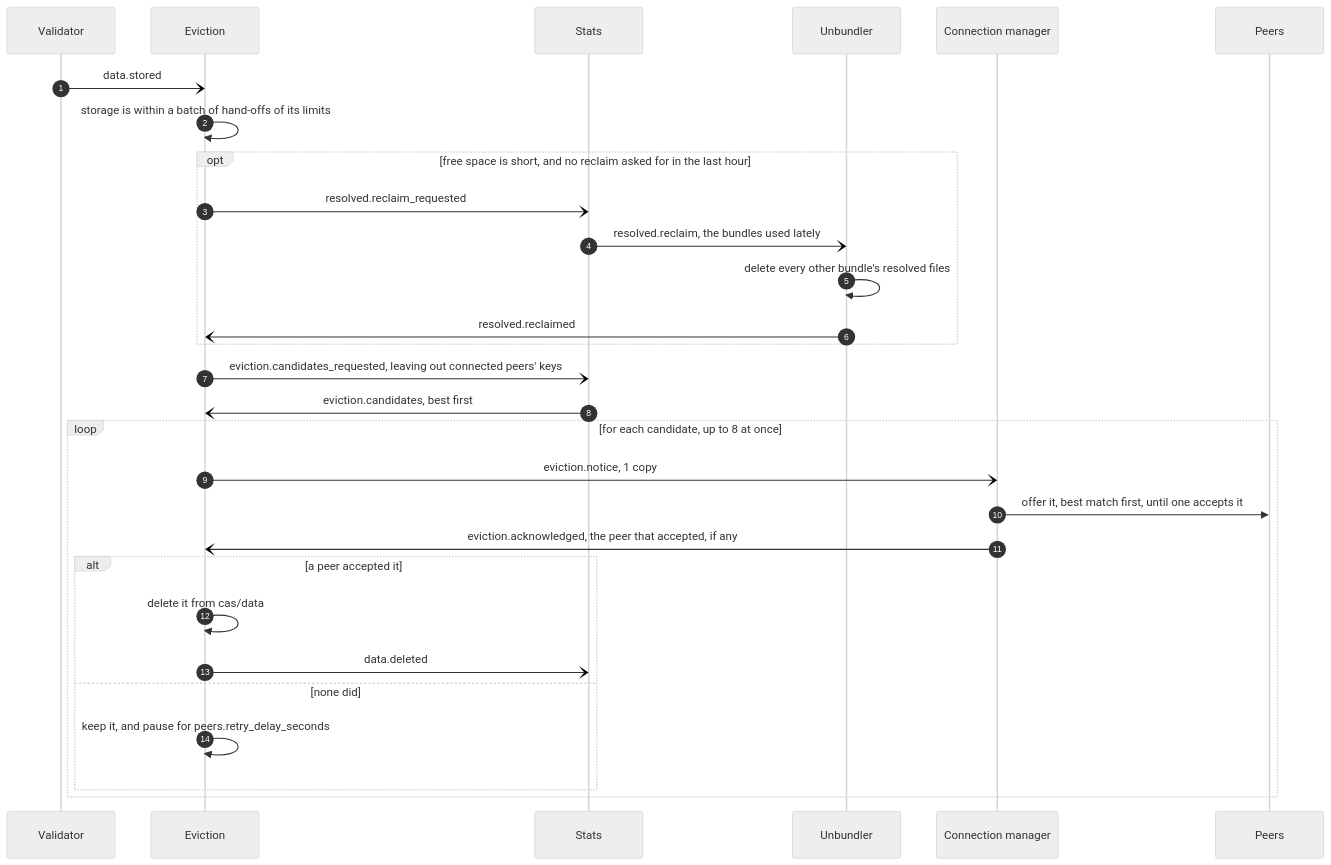
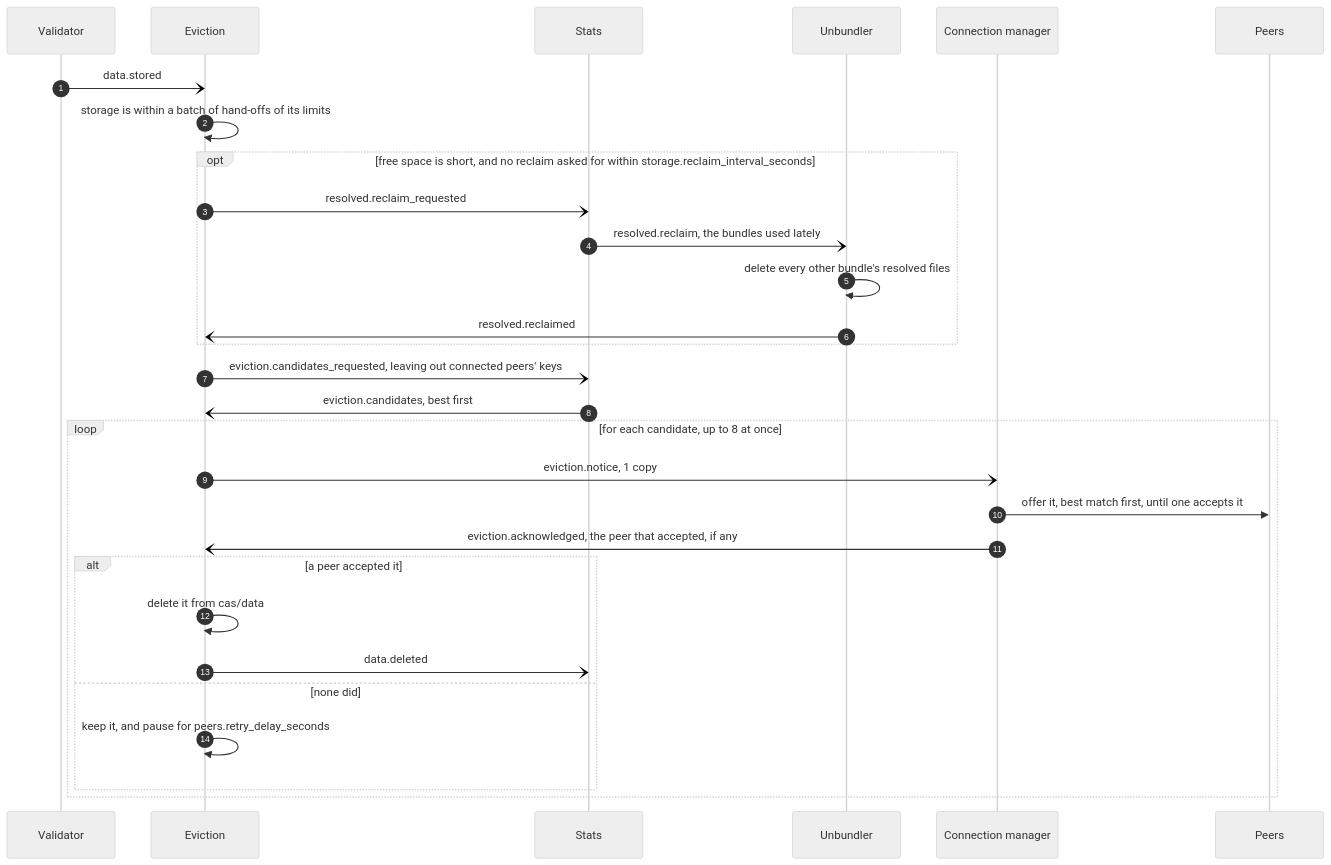
Diagram 12 of 13 in docs/implementation/Module System.md (marcpage/libranet), drawn with Mermaid (neutral theme) before and after one commit. The commit also changed other lines of this file and 12 other files, not shown here.

````diff
--- a/docs/implementation/Module System.md
+++ b/docs/implementation/Module System.md
@@ -1337,32 +1337,32 @@
 ```mermaid
 sequenceDiagram
     autonumber
     participant val as Validator
     participant evict as Eviction
     participant stats as Stats
     participant unb as Unbundler
     participant conn as Connection manager
     participant peers as Peers
 
     val-)evict: data.stored
     evict->>evict: storage is within a batch of hand-offs of its limits
-    opt free space is short, and no reclaim asked for in the last hour
+    opt free space is short, and no reclaim asked for within storage.reclaim_interval_seconds
         evict-)stats: resolved.reclaim_requested
         stats-)unb: resolved.reclaim, the bundles used lately
         unb->>unb: delete every other bundle's resolved files
         unb-)evict: resolved.reclaimed
     end
     evict-)stats: eviction.candidates_requested, leaving out connected peers' keys
     stats-)evict: eviction.candidates, best first
     loop for each candidate, up to 8 at once
         evict-)conn: eviction.notice, 1 copy
         conn->>peers: offer it, best match first, until one accepts it
         conn-)evict: eviction.acknowledged, the peer that accepted, if any
         alt a peer accepted it
             evict->>evict: delete it from cas/data
             evict-)stats: data.deleted
         else none did
             evict->>evict: keep it, and pause for peers.retry_delay_seconds
         end
     end
 ```
````
